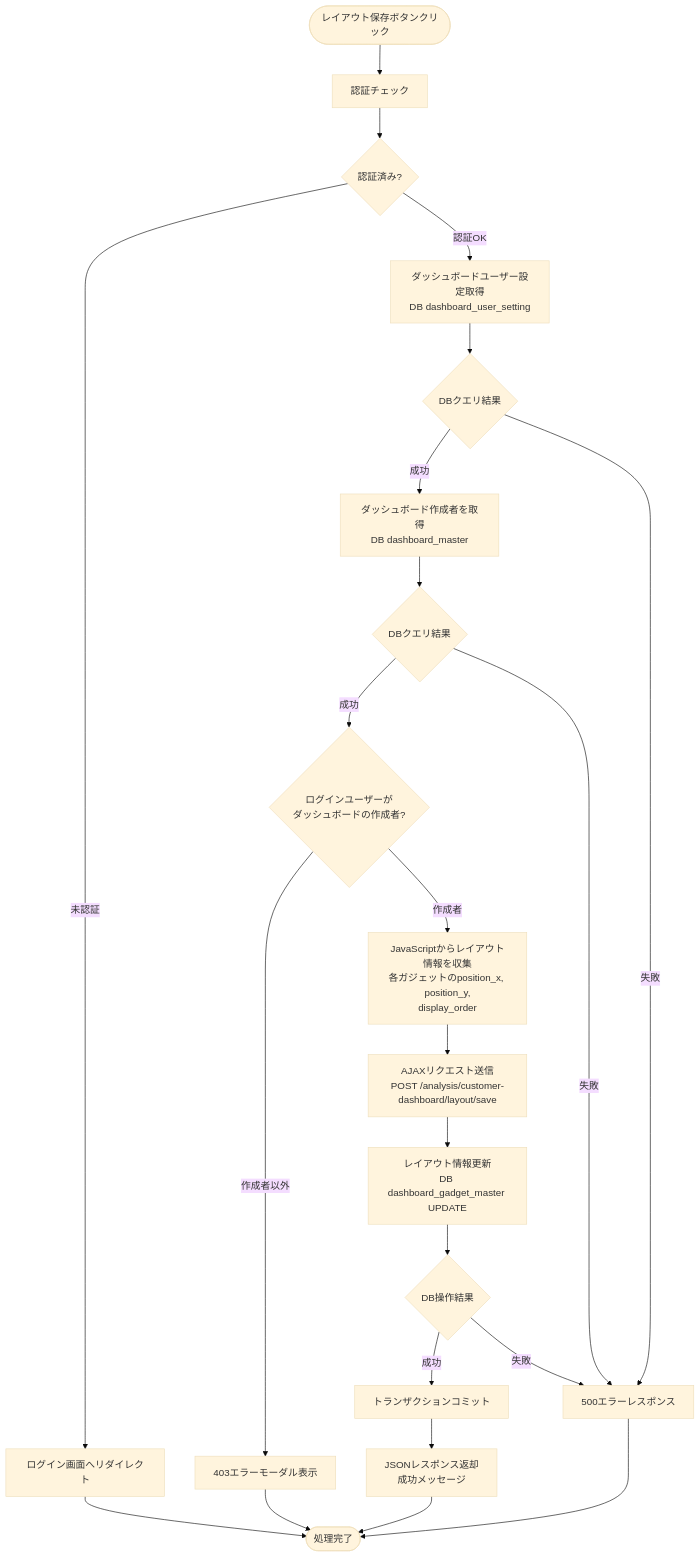
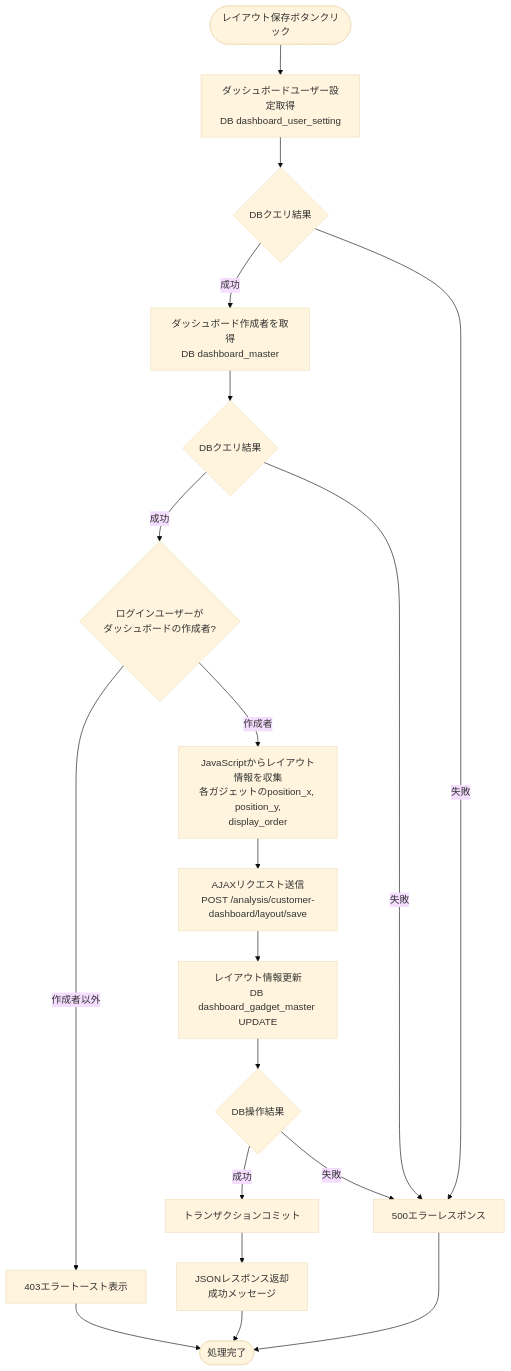
Diagram 12 of 17 in docs/03-features/flask-app/customer-dashboard/common/workflow-specification.md (NSW-SVCP-AIWG002/Databricks-IoT), drawn with Mermaid (base theme) before and after one commit. The commit also changed other lines of this file and 3 other files, not shown here.

````diff
--- a/docs/03-features/flask-app/customer-dashboard/common/workflow-specification.md
+++ b/docs/03-features/flask-app/customer-dashboard/common/workflow-specification.md
@@ -2026,31 +2357,26 @@
 ```mermaid
 flowchart TD
-    Start([レイアウト保存ボタンクリック]) --> Auth[認証チェック]
-    Auth --> CheckAuth{認証済み?}
-    CheckAuth -->|未認証| LoginRedirect[ログイン画面へリダイレクト]
-    CheckAuth -->|認証OK| UserSetting[ダッシュボードユーザー設定取得<br>DB dashboard_user_setting]
-
+    Start([レイアウト保存ボタンクリック]) --> UserSetting[ダッシュボードユーザー設定取得<br>DB dashboard_user_setting]
     UserSetting --> CheckUserSetting{DBクエリ結果}
     CheckUserSetting -->|成功| DashboardQuery[ダッシュボード作成者を取得<br>DB dashboard_master]
     CheckUserSetting -->|失敗| Error500[500エラーページ表示]
 
     DashboardQuery --> CheckDashboardQuery{DBクエリ結果}
     CheckDashboardQuery -->|成功| CheckCreator{ログインユーザーが<br>ダッシュボードの作成者?}
     CheckDashboardQuery -->|失敗| Error500
 
-    CheckCreator -->|作成者以外| Error403[403エラーモーダル表示]
+    CheckCreator -->|作成者以外| Error403[403エラートースト表示]
     CheckCreator -->|作成者| GetLayout[JavaScriptからレイアウト情報を収集<br>各ガジェットのposition_x, position_y,<br>display_order]
 
     GetLayout --> SendAjax[AJAXリクエスト送信<br>POST /analysis/customer-dashboard/layout/save]
     SendAjax --> UpdateDB[レイアウト情報更新<br>DB dashboard_gadget_master UPDATE]
     UpdateDB --> CheckUpdate{DB操作結果}
     CheckUpdate -->|成功| Commit[トランザクションコミット]
     CheckUpdate -->|失敗| Error500[500エラーレスポンス]
 
     Commit --> Response[JSONレスポンス返却<br>成功メッセージ]
 
-    LoginRedirect --> End([処理完了])
-    Response --> End
+    Response --> End([処理完了])
     Error403 --> End
     Error500 --> End
 ```
````
